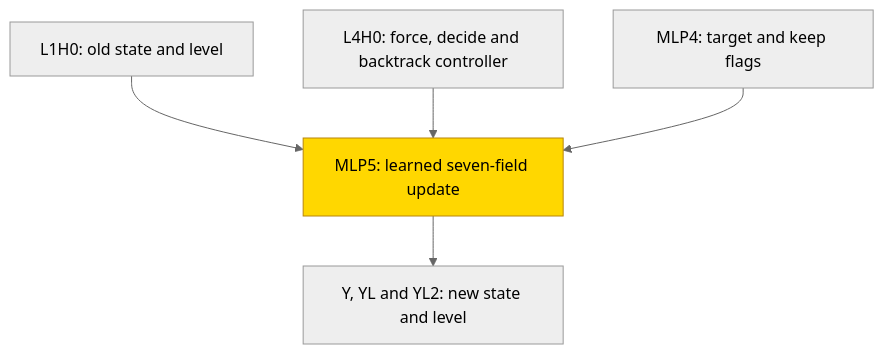
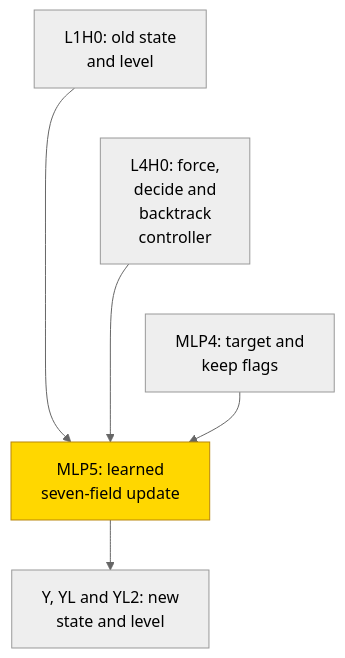
The second of 2 diagrams in entries/dpll-search.md (jc1122/mechanistic-interpretability-circuit-atlas), drawn with Mermaid (neutral theme) before and after one commit. The commit also changed other lines of this file and 39 other files, not shown here.

````diff
--- a/entries/dpll-search.md
+++ b/entries/dpll-search.md
@@ -137,11 +139,14 @@
 ```mermaid
 flowchart TD
     accTitle: Verified local decision update inside frozen DPLL search
     accDescr: Frozen old-state retrieval, force-decide-backtrack control and equality or keep flags feed the sole trained update MLP. It writes the next state and level. Substitution and complement resampling verify this local update on the stated traces, not a wholly learned search algorithm.
-  A["L1H0: old state and level"] --> D["MLP5: learned seven-field update"]
-  B["L4H0: force, decide and backtrack controller"] --> D
-  C["MLP4: target and keep flags"] --> D
-  D --> E["Y, YL and YL2: new state and level"]
+  A["L1H0: old state<br/>and level"] --> D["MLP5: learned<br/>seven-field update"]
+  B["L4H0: force,<br/>decide and<br/>backtrack<br/>controller"] --> D
+  C["MLP4: target and<br/>keep flags"] --> D
+  D --> E["Y, YL and YL2: new<br/>state and level"]
   classDef trained fill:gold,stroke:darkgoldenrod,color:black
   class D trained
+    %% Invisible links constrain vertical layout only, not computation.
+    A ~~~ B
+    B ~~~ C
 ```
````
